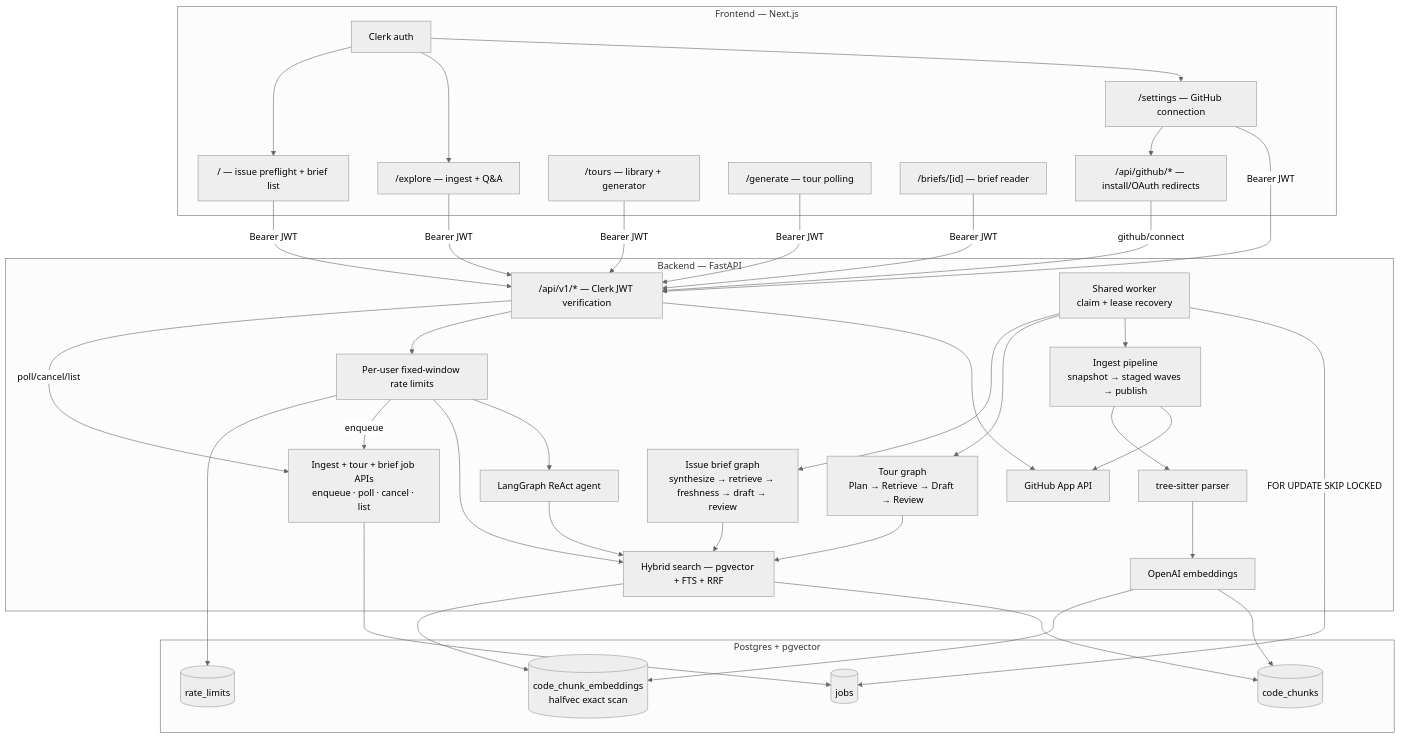
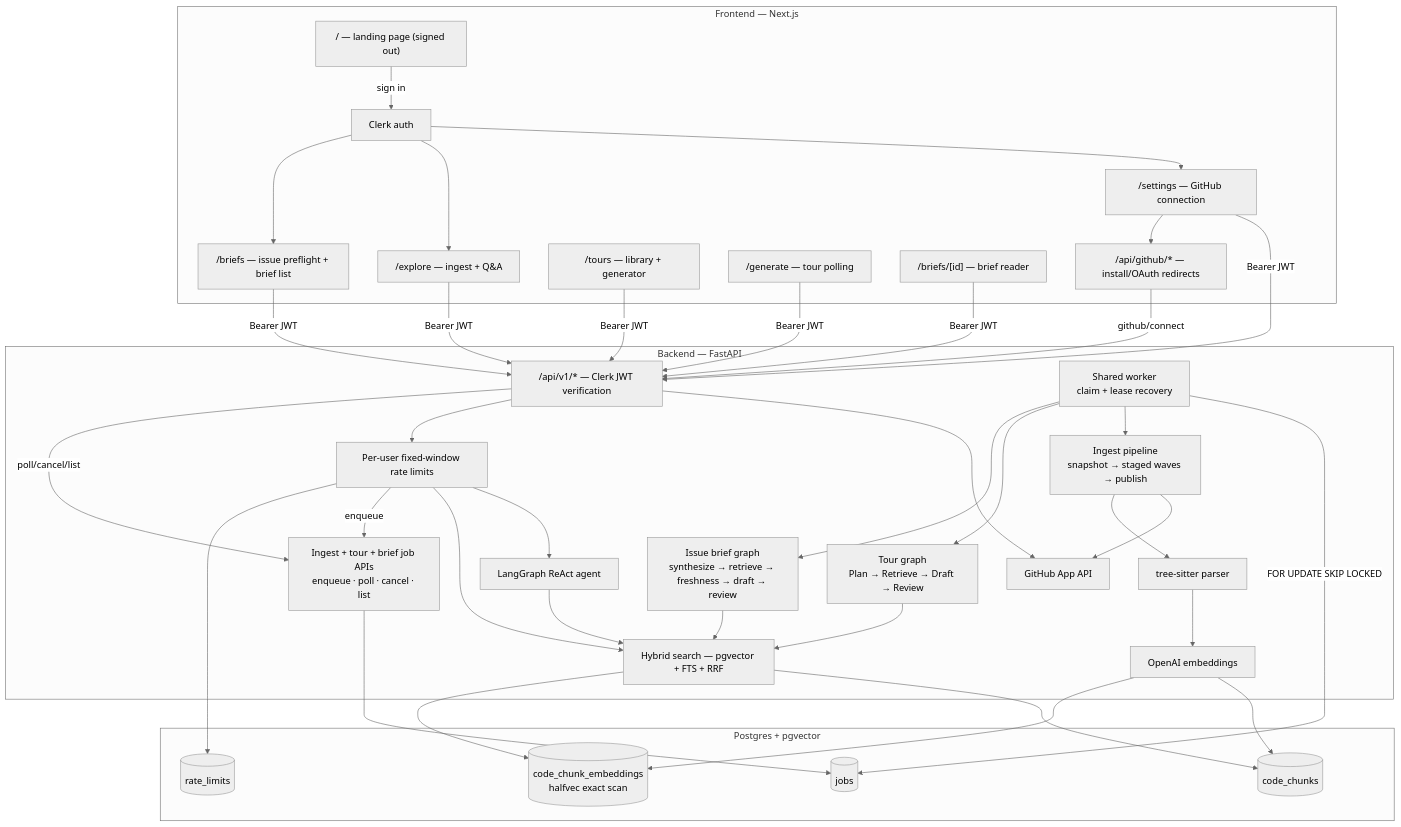
The second of 3 diagrams in README.md (jballo/camino), drawn with Mermaid (neutral theme) before and after one commit. The commit also changed other lines of this file and 2 other files, not shown here.

````diff
--- a/README.md
+++ b/README.md
@@ -93,67 +103,69 @@
 ```mermaid
 flowchart TB
   subgraph frontend [Frontend — Next.js]
     Clerk[Clerk auth]
     Settings["/settings — GitHub connection"]
     Explore["/explore — ingest + Q&A"]
-    Home["/ — issue preflight + brief list"]
+    Landing["/ — landing page (signed out)"]
+    Home["/briefs — issue preflight + brief list"]
     TourUI["/tours — library + generator"]
     GenerateUI["/generate — tour polling"]
     BriefUI["/briefs/[id] — brief reader"]
     GithubRoutes["/api/github/* — install/OAuth redirects"]
   end
 
   subgraph backend [Backend — FastAPI]
     API["/api/v1/* — Clerk JWT verification"]
     GH[GitHub App API]
     Ingest["Ingest pipeline<br/>snapshot → staged waves → publish"]
     Parser[tree-sitter parser]
     Embed[OpenAI embeddings]
     Search[Hybrid search — pgvector + FTS + RRF]
     Agent[LangGraph ReAct agent]
     JobAPIs["Ingest + tour + brief job APIs<br/>enqueue · poll · cancel · list"]
     Worker["Shared worker<br/>claim + lease recovery"]
     TourGraph["Tour graph<br/>Plan → Retrieve → Draft → Review"]
     BriefGraph["Issue brief graph<br/>synthesize → retrieve → freshness → draft → review"]
     Limits["Per-user fixed-window rate limits"]
   end
 
   subgraph data [Postgres + pgvector]
     Chunks[(code_chunks)]
     Vectors[(code_chunk_embeddings<br/>halfvec exact scan)]
     Jobs[(jobs)]
     Counters[(rate_limits)]
   end
 
+  Landing -->|sign in| Clerk
   Clerk --> Settings
   Clerk --> Explore
   Clerk --> Home
   Settings -->|"Bearer JWT"| API
   Explore -->|"Bearer JWT"| API
   Home -->|"Bearer JWT"| API
   TourUI -->|"Bearer JWT"| API
   GenerateUI -->|"Bearer JWT"| API
   BriefUI -->|"Bearer JWT"| API
   Settings --> GithubRoutes
   GithubRoutes -->|github/connect| API
   API --> GH
   API --> Limits
   Limits --> Agent
   Limits --> Search
   Limits -->|enqueue| JobAPIs
   API -->|poll/cancel/list| JobAPIs
   Limits --> Counters
   Ingest --> GH
   Ingest --> Parser --> Embed --> Chunks
   Embed --> Vectors
   Agent --> Search
   JobAPIs --> Jobs
   Worker -->|"FOR UPDATE SKIP LOCKED"| Jobs
   Worker --> Ingest
   Worker --> TourGraph
   Worker --> BriefGraph
   TourGraph --> Search
   BriefGraph --> Search
   Search --> Chunks
   Search --> Vectors
 ```
````
